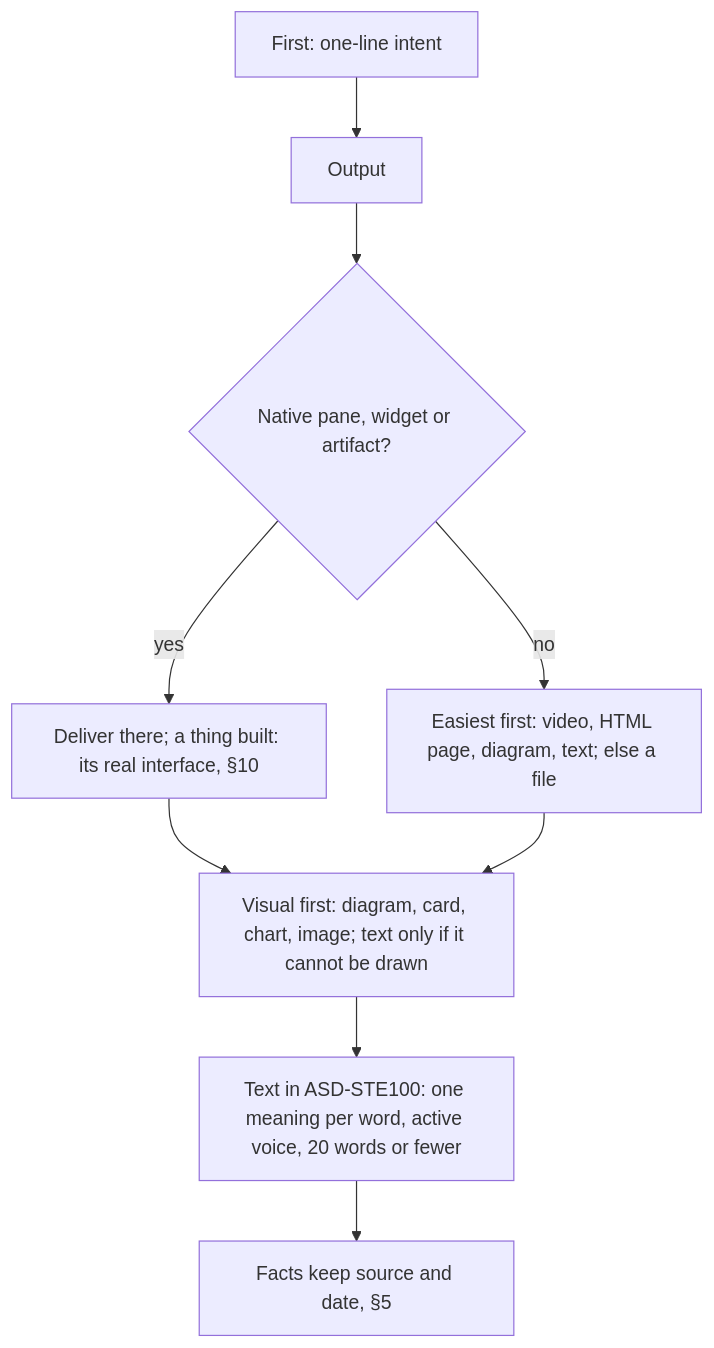
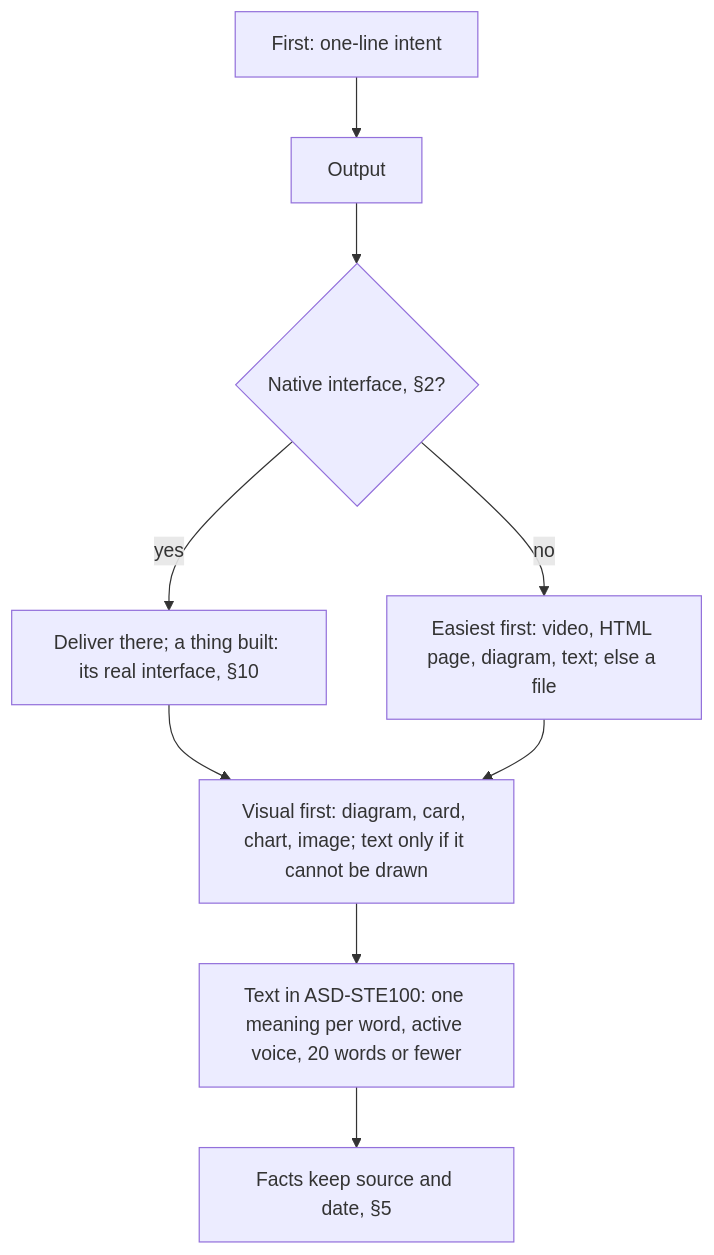
One commit to SolenixAI/arbiter changed diagram 12 of 14 in AGENTS.md. Above: the diagram before and after it, drawn with Mermaid. The commit also changed other lines of this file, not shown here.

Commit message:
fix(agents): apply the fresh review of the one-owner change

````diff
--- a/AGENTS.md
+++ b/AGENTS.md
@@ -497,10 +498,10 @@
 ```mermaid
 flowchart TD
-  IL[First: one-line intent] --> O[Output] --> N{Native pane, widget or artifact?}
+  IL[First: one-line intent] --> O[Output] --> N{Native interface, §2?}
   N -->|yes| V["Deliver there; a thing built: its real interface, §10"]
   N -->|no| F["Easiest first: video, HTML page, diagram, text; else a file"]
   V --> VF["Visual first: diagram, card, chart, image; text only if it cannot be drawn"]
   F --> VF
   VF --> T[Text in ASD-STE100: one meaning per word, active voice, 20 words or fewer]
   T --> E["Facts keep source and date, §5"]
 ```
````
